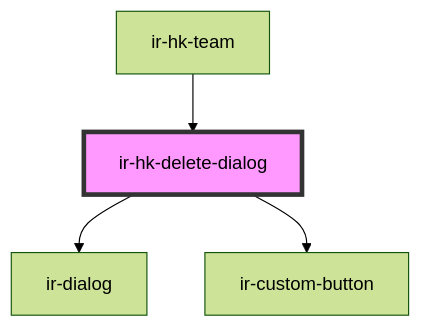
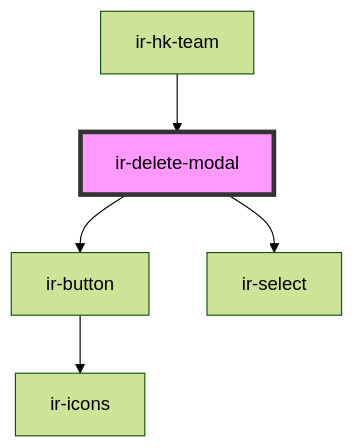
Before and after one commit to RonyRizk/ir-webcmp: the diagram in src/components/ir-housekeeping/ir-hk-delete-dialog/readme.md, drawn with Mermaid (forest theme). The commit also changed other lines of this file and 35 other files, not shown here.

````diff
--- a/src/components/ir-housekeeping/ir-hk-delete-dialog/readme.md
+++ b/src/components/ir-housekeeping/ir-hk-delete-dialog/readme.md
@@ -58,7 +58,8 @@
 ```mermaid
 graph TD;
-  ir-hk-delete-dialog --> ir-dialog
-  ir-hk-delete-dialog --> ir-custom-button
-  ir-hk-team --> ir-hk-delete-dialog
-  style ir-hk-delete-dialog fill:#f9f,stroke:#333,stroke-width:4px
+  ir-delete-modal --> ir-button
+  ir-delete-modal --> ir-select
+  ir-button --> ir-icons
+  ir-hk-team --> ir-delete-modal
+  style ir-delete-modal fill:#f9f,stroke:#333,stroke-width:4px
 ```
````
